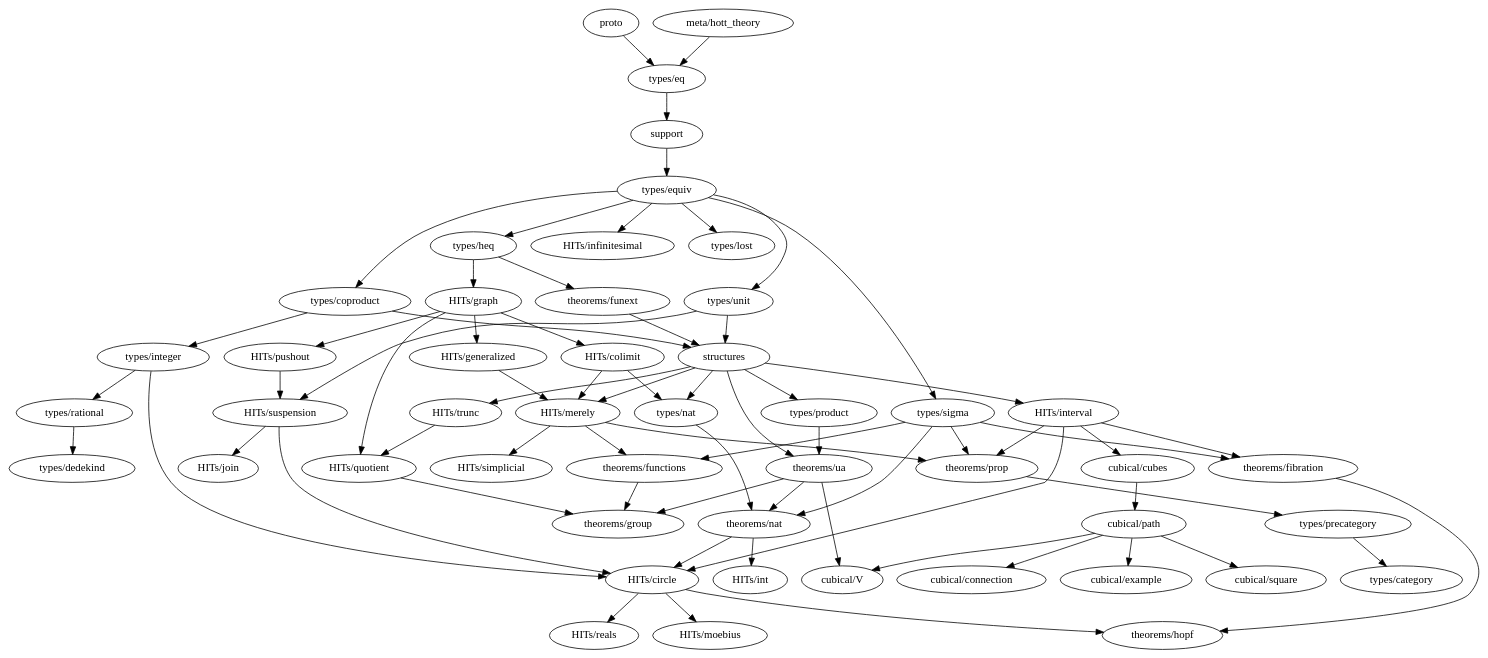
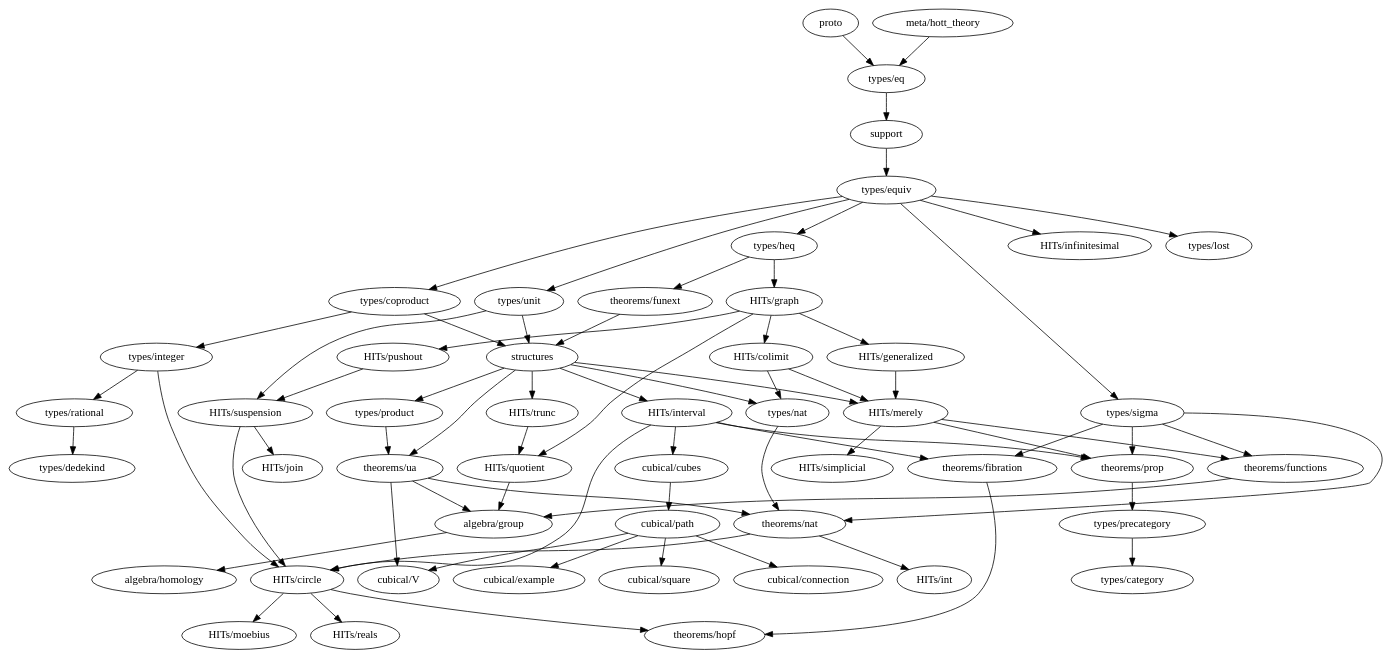
Before and after one commit to forked-from-1kasper/ground_zero: the diagram in dependency_map.gv, drawn with Graphviz. The commit also changed 3 other files, not shown here.

```diff
--- a/dependency_map.gv
+++ b/dependency_map.gv
@@ -1,104 +1,108 @@
 digraph dependency_map {
   proto -> "types/eq"
   "meta/hott_theory" -> "types/eq"
   support -> "types/equiv"
   structures -> {
     "theorems/ua",
     "HITs/interval",
     "HITs/merely",
     "HITs/trunc",
     "types/product",
     "types/nat"
+  }
+
+  subgraph algebra {
+    "algebra/group" -> { "algebra/homology" }
+    "algebra/homology"
   }
 
   subgraph types {
     "types/category"
     "types/coproduct" -> { "types/integer", structures }
     "types/dedekind"
     "types/eq" -> { support }
     "types/equiv" -> {
       "types/heq",
       "HITs/infinitesimal",
       "types/coproduct",
       "types/lost",
       "types/unit",
       "types/sigma"
     }
     "types/heq" -> {
       "HITs/graph", "theorems/funext"
     }
     "types/integer" -> {
       "HITs/circle",
       "types/rational"
     }
     "types/lost"
     "types/nat" -> { "theorems/nat" }
     "types/precategory" -> { "types/category" }
     "types/product" -> { "theorems/ua" }
     "types/rational" -> { "types/dedekind" }
     "types/sigma" -> {
       "theorems/fibration", "theorems/prop",
       "theorems/nat", "theorems/functions"
     }
     "types/unit" -> { structures, "HITs/suspension" }
   }
 
   subgraph HITs {
     "HITs/circle" -> { "theorems/hopf", "HITs/moebius", "HITs/reals" }
     "HITs/colimit" -> { "HITs/merely", "types/nat" }
     "HITs/generalized" -> "HITs/merely"
     "HITs/graph" -> {
       "HITs/colimit",
       "HITs/generalized",
       "HITs/pushout",
       "HITs/quotient"
     }
     "HITs/infinitesimal"
     "HITs/interval" -> {
       "cubical/cubes"
       "HITs/circle",
       "theorems/prop",
       "theorems/fibration"
     }
     "HITs/join"
     "HITs/merely" -> {
       "theorems/prop",
       "HITs/simplicial",
       "theorems/functions"
     }
     "HITs/moebius"
     "HITs/pushout" -> {
       "HITs/suspension"
     }
-    "HITs/quotient" -> { "theorems/group" }
+    "HITs/quotient" -> { "algebra/group" }
     "HITs/reals"
     "HITs/simplicial"
     "HITs/suspension" -> { "HITs/circle", "HITs/join" }
     "HITs/trunc" -> { "HITs/quotient" }
   }
 
   subgraph cubical {
     "cubical/connection"
     "cubical/cubes" -> "cubical/path"
     "cubical/example"
     "cubical/path" -> {
       "cubical/square",
       "cubical/example",
       "cubical/V",
       "cubical/connection"
     }
     "cubical/square"
     "cubical/V"
   }
 
   subgraph theorems {
     "theorems/fibration" -> { "theorems/hopf" }
-    "theorems/functions" -> { "theorems/group" }
+    "theorems/functions" -> { "algebra/group" }
     "theorems/funext" -> { structures }
-    "theorems/group"
     "theorems/hopf"
     "theorems/nat" -> { "HITs/circle", "HITs/int" }
     "theorems/prop" -> { "types/precategory" }
-    "theorems/ua" -> { "theorems/group", "theorems/nat", "cubical/V" }
+    "theorems/ua" -> { "algebra/group", "theorems/nat", "cubical/V" }
   }
 }
```
